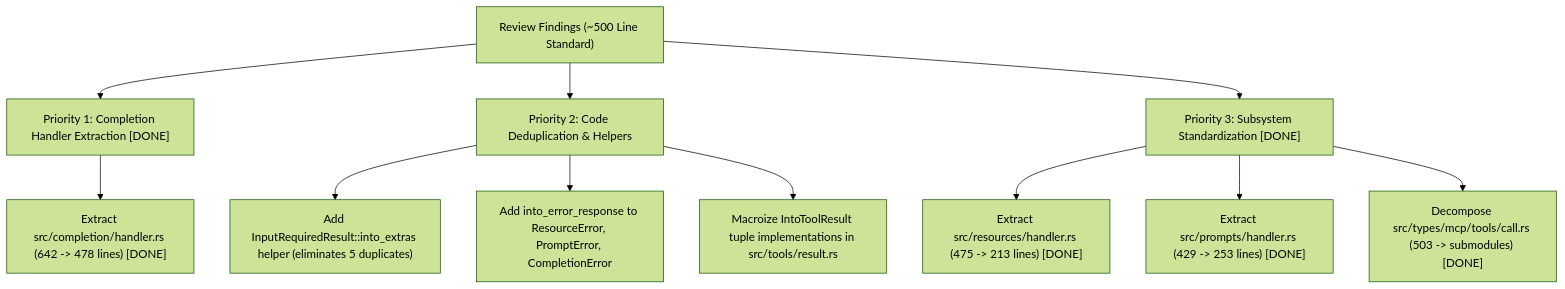
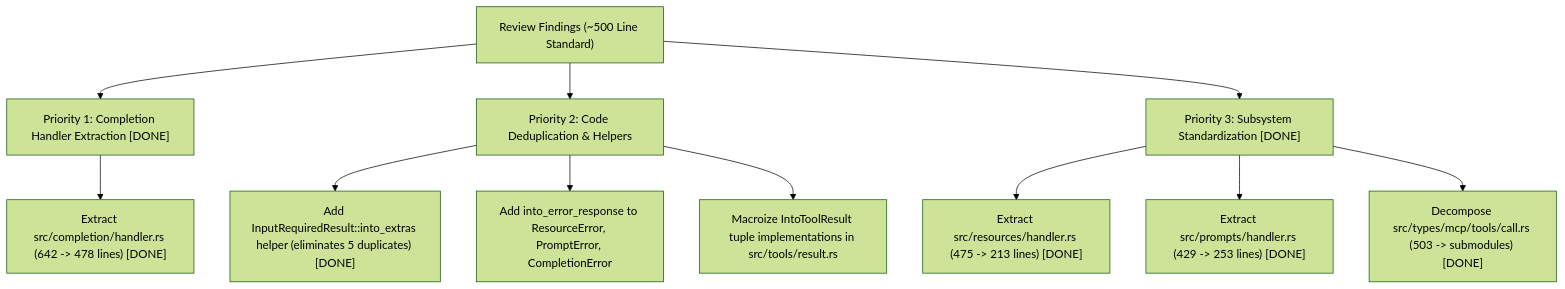
Before and after one commit to andreban/mcp-routing: the diagram in docs/MODULARIZATION_AND_CODE_QUALITY_REVIEW.md, drawn with Mermaid (forest theme). The commit also changed other lines of this file and 8 other files, not shown here.

Commit message:
refactor(mrtr): add into_parts and into_extras helpers to deduplicate InputRequiredResult handling

````diff
--- a/docs/MODULARIZATION_AND_CODE_QUALITY_REVIEW.md
+++ b/docs/MODULARIZATION_AND_CODE_QUALITY_REVIEW.md
@@ -86,16 +87,16 @@
 ```mermaid
 graph TD
     A["Review Findings (~500 Line Standard)"] --> B["Priority 1: Completion Handler Extraction [DONE]"]
     A --> C["Priority 2: Code Deduplication & Helpers"]
     A --> D["Priority 3: Subsystem Standardization [DONE]"]
     
     B --> B1["Extract src/completion/handler.rs (642 -> 478 lines) [DONE]"]
     
-    C --> C1["Add InputRequiredResult::into_extras helper (eliminates 5 duplicates)"]
+    C --> C1["Add InputRequiredResult::into_extras helper (eliminates 5 duplicates) [DONE]"]
     C --> C2["Add into_error_response to ResourceError, PromptError, CompletionError"]
     C --> C3["Macroize IntoToolResult tuple implementations in src/tools/result.rs"]
     
     D --> D1["Extract src/resources/handler.rs (475 -> 213 lines) [DONE]"]
     D --> D2["Extract src/prompts/handler.rs (429 -> 253 lines) [DONE]"]
     D --> D3["Decompose src/types/mcp/tools/call.rs (503 -> submodules) [DONE]"]
 ```
````
